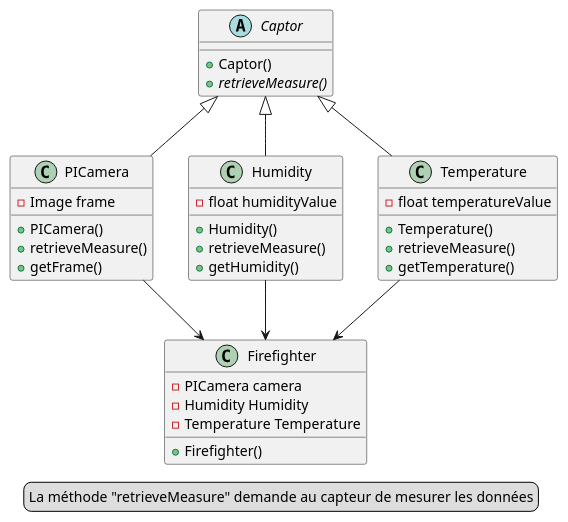
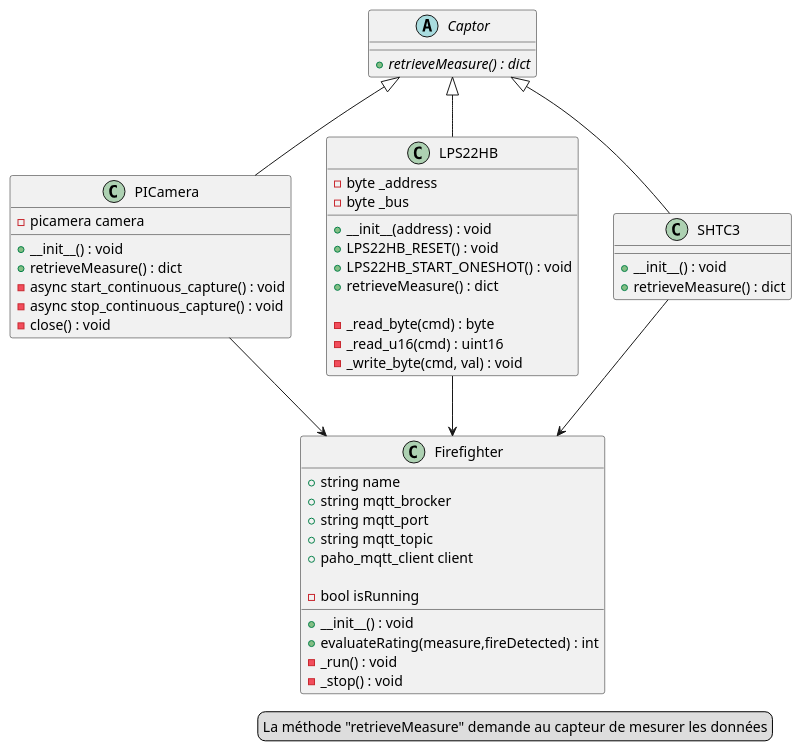
The diagram in doc/class_diagram.puml (ThePension/IoT_FireFighter), drawn with PlantUML before and after one commit. The commit also changed 13 other files, not shown here.

```diff
--- a/doc/class_diagram.puml
+++ b/doc/class_diagram.puml
@@ -1,52 +1,63 @@
 @startuml IoT_Incendie_UML
 
 class Firefighter {
-  - PICamera camera
-  - Humidity Humidity
-  - Temperature Temperature
+  + string name
+  + string mqtt_brocker
+  + string mqtt_port
+  + string mqtt_topic
+  + paho_mqtt_client client
 
-  + Firefighter()
+  - bool isRunning
+
+  + __init__() : void
+  + evaluateRating(measure,fireDetected) : int
+  - _run() : void
+  - _stop() : void
 }
 
 abstract class Captor {
-  + Captor()
-  + {abstract} retrieveMeasure()
+  + {abstract} retrieveMeasure() : dict
 }
 
 class PICamera {
-  - Image frame
+  - picamera camera
 
-  + PICamera()
-  + retrieveMeasure()
-  + getFrame()
+  + __init__() : void
+  + retrieveMeasure() : dict
+  - async start_continuous_capture() : void
+  - async stop_continuous_capture() : void
+  - close() : void
 }
 
-class Humidity {
-  - float humidityValue
+class LPS22HB {
+  - byte _address
+  - byte _bus
 
-  + Humidity()
-  + retrieveMeasure()
-  + getHumidity()
+  + __init__(address) : void
+  + LPS22HB_RESET() : void
+  + LPS22HB_START_ONESHOT() : void
+  + retrieveMeasure() : dict
+
+  - _read_byte(cmd) : byte
+  - _read_u16(cmd) : uint16
+  - _write_byte(cmd, val) : void
 }
 
-class Temperature {
-  - float temperatureValue
-
-  + Temperature()
-  + retrieveMeasure()
-  + getTemperature()
+class SHTC3 {
+  + __init__() : void
+  + retrieveMeasure() : dict
 }
 
 PICamera --> Firefighter
-Humidity --> Firefighter
-Temperature --> Firefighter
+LPS22HB --> Firefighter
+SHTC3 --> Firefighter
 
 Captor <|-- PICamera
-Captor <|-- Humidity
-Captor <|-- Temperature
+Captor <|-- LPS22HB
+Captor <|-- SHTC3
 
 legend right
   La méthode "retrieveMeasure" demande au capteur de mesurer les données
 endlegend
 
 @enduml
```
